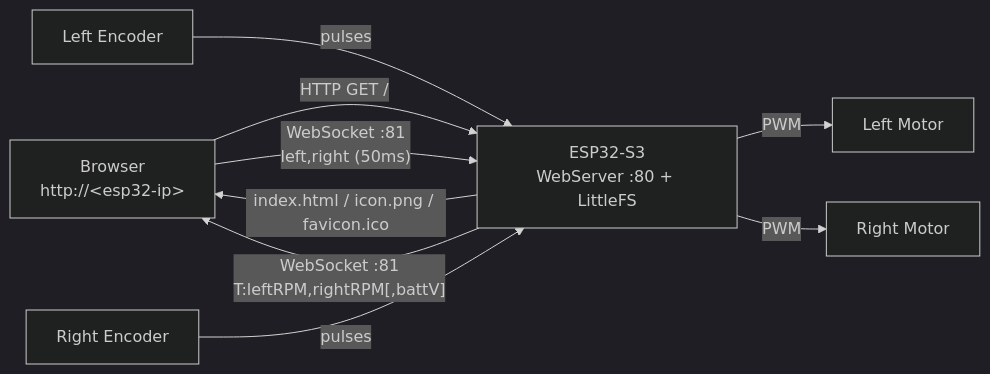
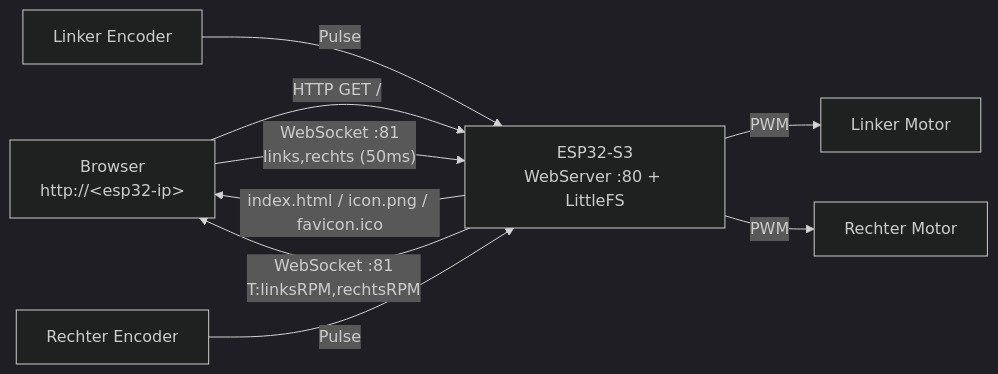
Before and after one commit to debugair/car-pio: the first of 2 diagrams in README.md, drawn with Mermaid (dark theme). The commit also changed other lines of this file and 10 other files, not shown here.

````diff
--- a/README.md
+++ b/README.md
@@ -51,11 +53,11 @@
 ```mermaid
 flowchart LR
     Browser["Browser\nhttp://&lt;esp32-ip&gt;"] -- "HTTP GET /" --> ESP["ESP32-S3\nWebServer :80 + LittleFS"]
     ESP -- "index.html / icon.png / favicon.ico" --> Browser
-    Browser -- "WebSocket :81\nleft,right (50ms)" --> ESP
-    ESP -- "WebSocket :81\nT:leftRPM,rightRPM[,battV]" --> Browser
-    ESP -- "PWM" --> LM["Left Motor"]
-    ESP -- "PWM" --> RM["Right Motor"]
-    EncL["Left Encoder"] -- "pulses" --> ESP
-    EncR["Right Encoder"] -- "pulses" --> ESP
+    Browser -- "WebSocket :81\nlinks,rechts (50ms)" --> ESP
+    ESP -- "WebSocket :81\nT:linksRPM,rechtsRPM" --> Browser
+    ESP -- "PWM" --> LM["Linker Motor"]
+    ESP -- "PWM" --> RM["Rechter Motor"]
+    EncL["Linker Encoder"] -- "Pulse" --> ESP
+    EncR["Rechter Encoder"] -- "Pulse" --> ESP
 ```
````
